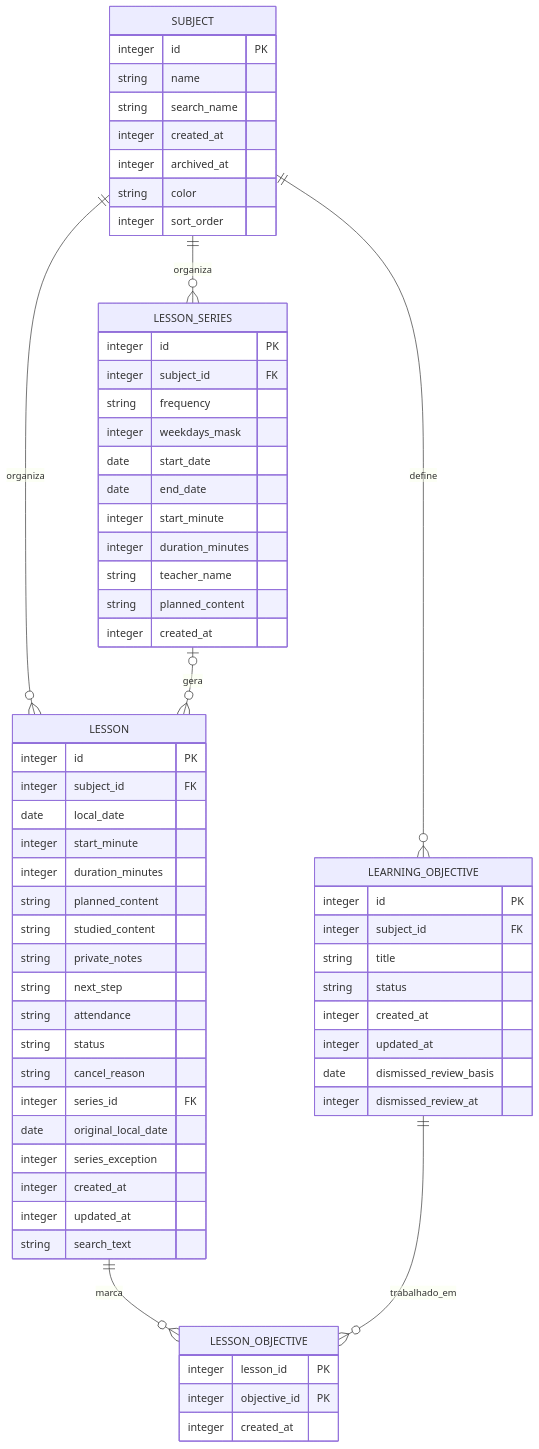
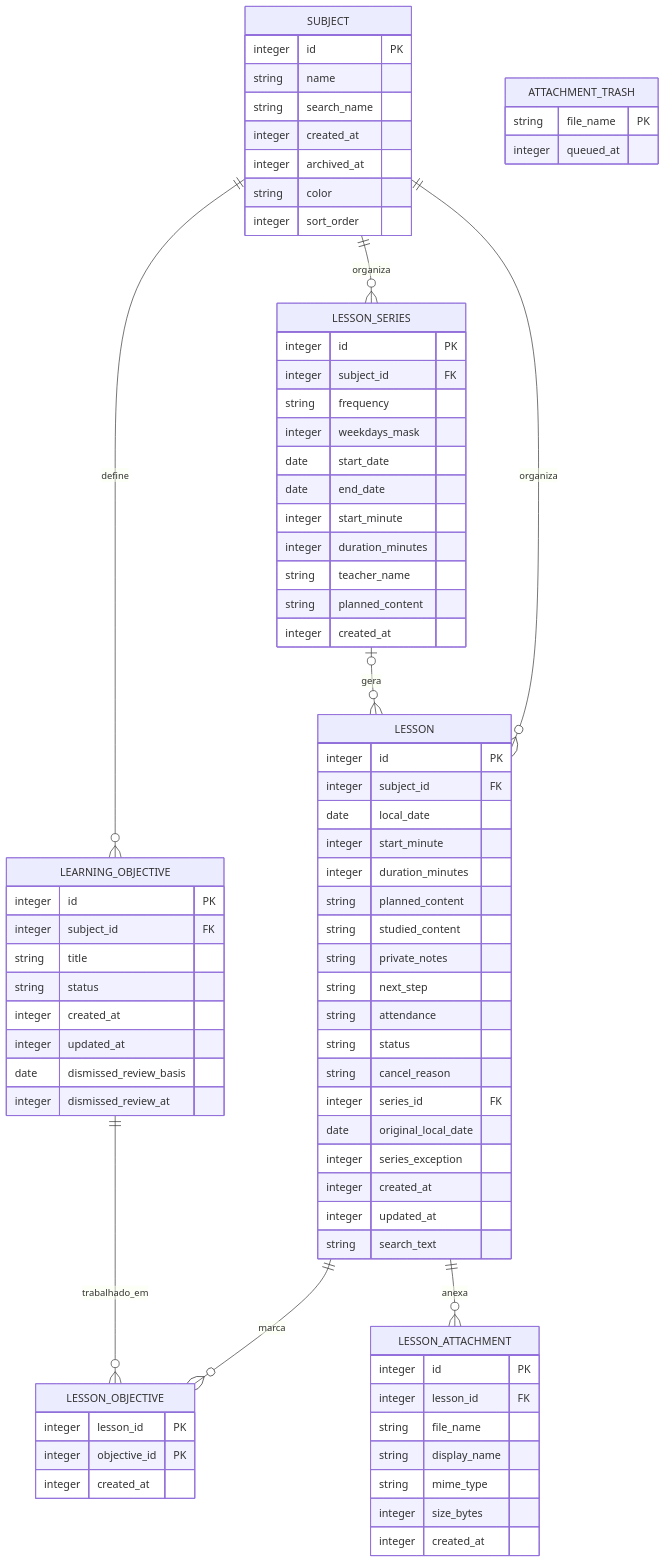
One commit to MateusKraiewski/controle-aluno-app changed the diagram in docs/offline-first.md. Above: the diagram before and after it, drawn with Mermaid. The commit also changed other lines of this file and 5 other files, not shown here.

First line of the commit message:
docs: record attachments, schema v6, backup policy, accessibility review and verification

````diff
--- a/docs/offline-first.md
+++ b/docs/offline-first.md
@@ -18,14 +18,17 @@
 ```mermaid
 erDiagram
   SUBJECT ||--o{ LESSON : organiza
   SUBJECT ||--o{ LESSON_SERIES : organiza
   SUBJECT ||--o{ LEARNING_OBJECTIVE : define
   LESSON_SERIES |o--o{ LESSON : gera
   LESSON ||--o{ LESSON_OBJECTIVE : marca
   LEARNING_OBJECTIVE ||--o{ LESSON_OBJECTIVE : trabalhado_em
+  LESSON ||--o{ LESSON_ATTACHMENT : anexa
   SUBJECT { integer id PK string name string search_name integer created_at integer archived_at string color integer sort_order }
   LESSON_SERIES { integer id PK integer subject_id FK string frequency integer weekdays_mask date start_date date end_date integer start_minute integer duration_minutes string teacher_name string planned_content integer created_at }
   LESSON { integer id PK integer subject_id FK date local_date integer start_minute integer duration_minutes string planned_content string studied_content string private_notes string next_step string attendance string status string cancel_reason integer series_id FK date original_local_date integer series_exception integer created_at integer updated_at string search_text }
   LEARNING_OBJECTIVE { integer id PK integer subject_id FK string title string status integer created_at integer updated_at date dismissed_review_basis integer dismissed_review_at }
   LESSON_OBJECTIVE { integer lesson_id PK integer objective_id PK integer created_at }
+  LESSON_ATTACHMENT { integer id PK integer lesson_id FK string file_name string display_name string mime_type integer size_bytes integer created_at }
+  ATTACHMENT_TRASH { string file_name PK integer queued_at }
 ```
````
